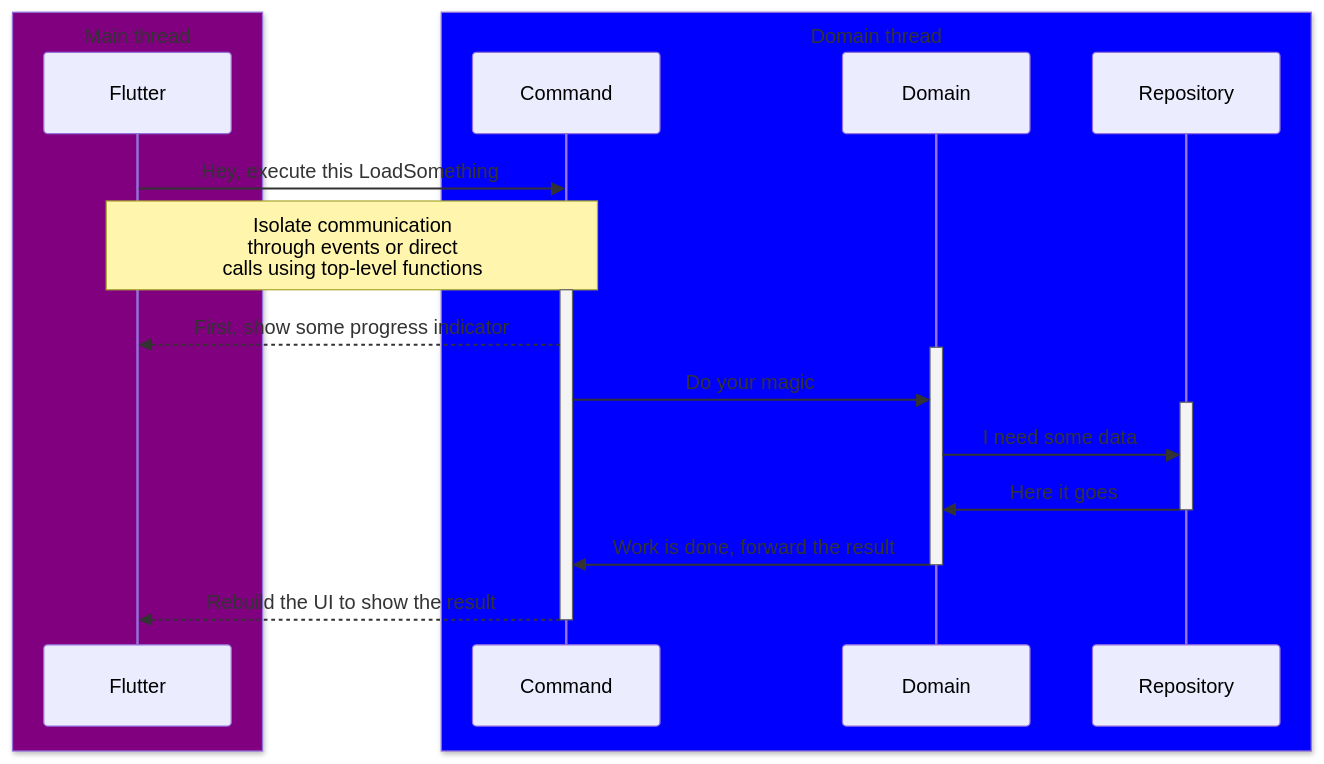
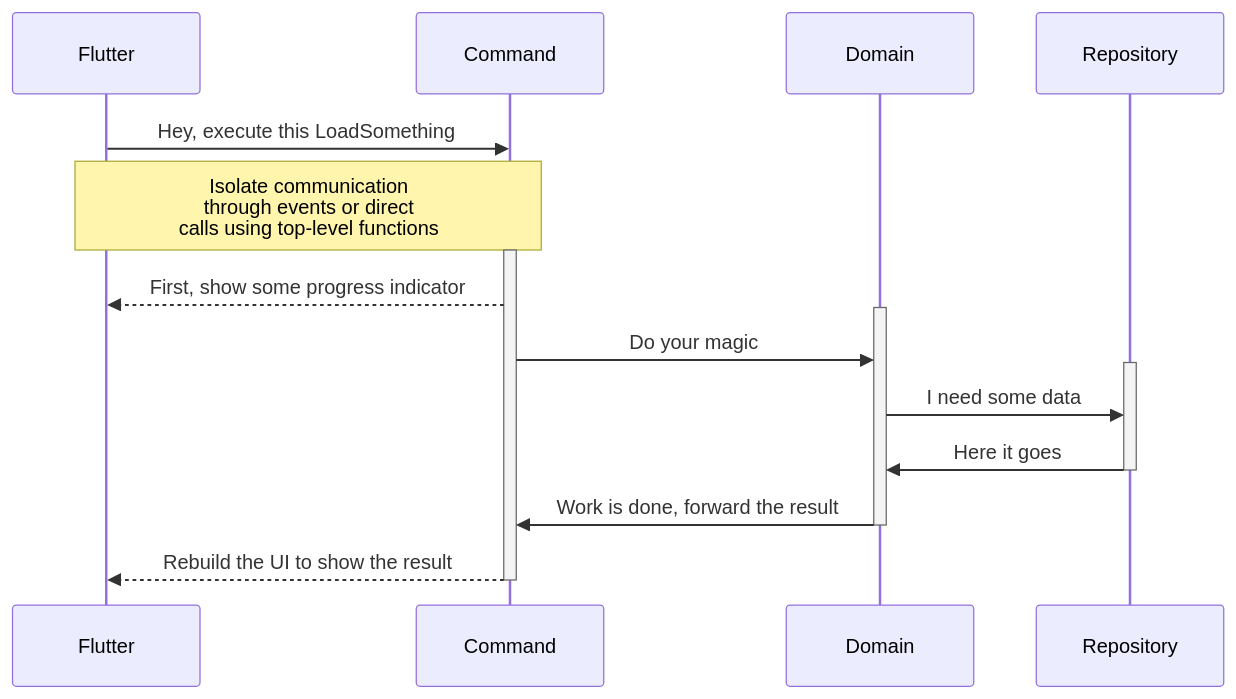
One commit to JCKodel/eva changed the diagram in README.md. Above: the diagram before and after it, drawn with Mermaid.

Commit message:
Documentation

````diff
--- a/README.md
+++ b/README.md
@@ -34,25 +34,17 @@
 ```mermaid
 sequenceDiagram
-    box Purple Main thread
-    participant Flutter
-    end
-    box blue Domain thread
-    participant Command
-    participant Domain
-    participant Repository
-    end
     Flutter->>Command: Hey, execute this LoadSomething
     Note over Flutter,Command: Isolate communication<br/>through events or direct<br/>calls using top-level functions
     activate Command
     Command-->>Flutter: First, show some progress indicator
     activate Domain
     Command->>Domain: Do your magic
     activate Repository
     Domain->>Repository: I need some data
     Repository->>Domain: Here it goes
     deactivate Repository
     Domain->>Command: Work is done, forward the result
     deactivate Domain
     Command-->>Flutter: Rebuild the UI to show the result
     deactivate Command
 ```
````
